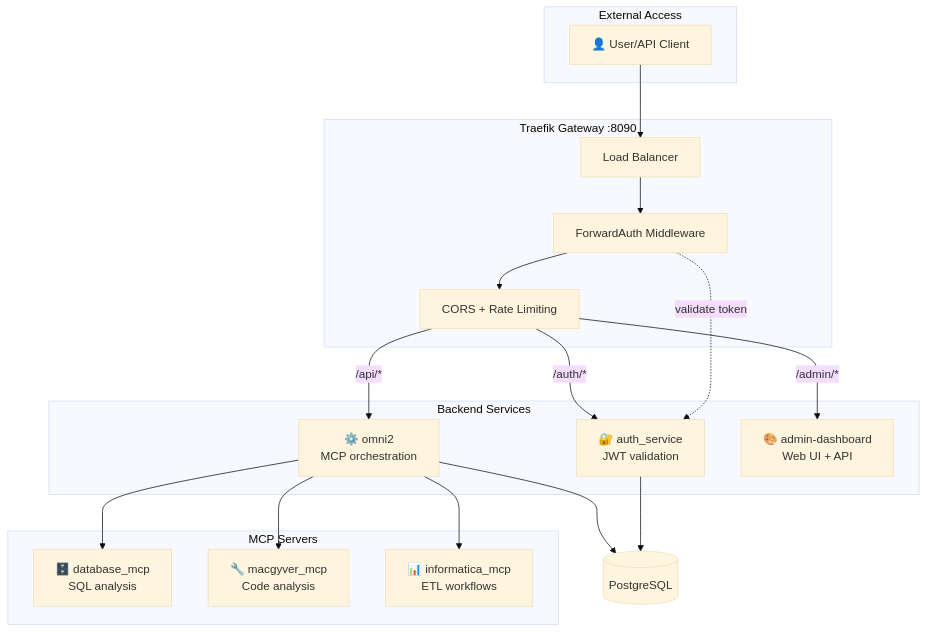
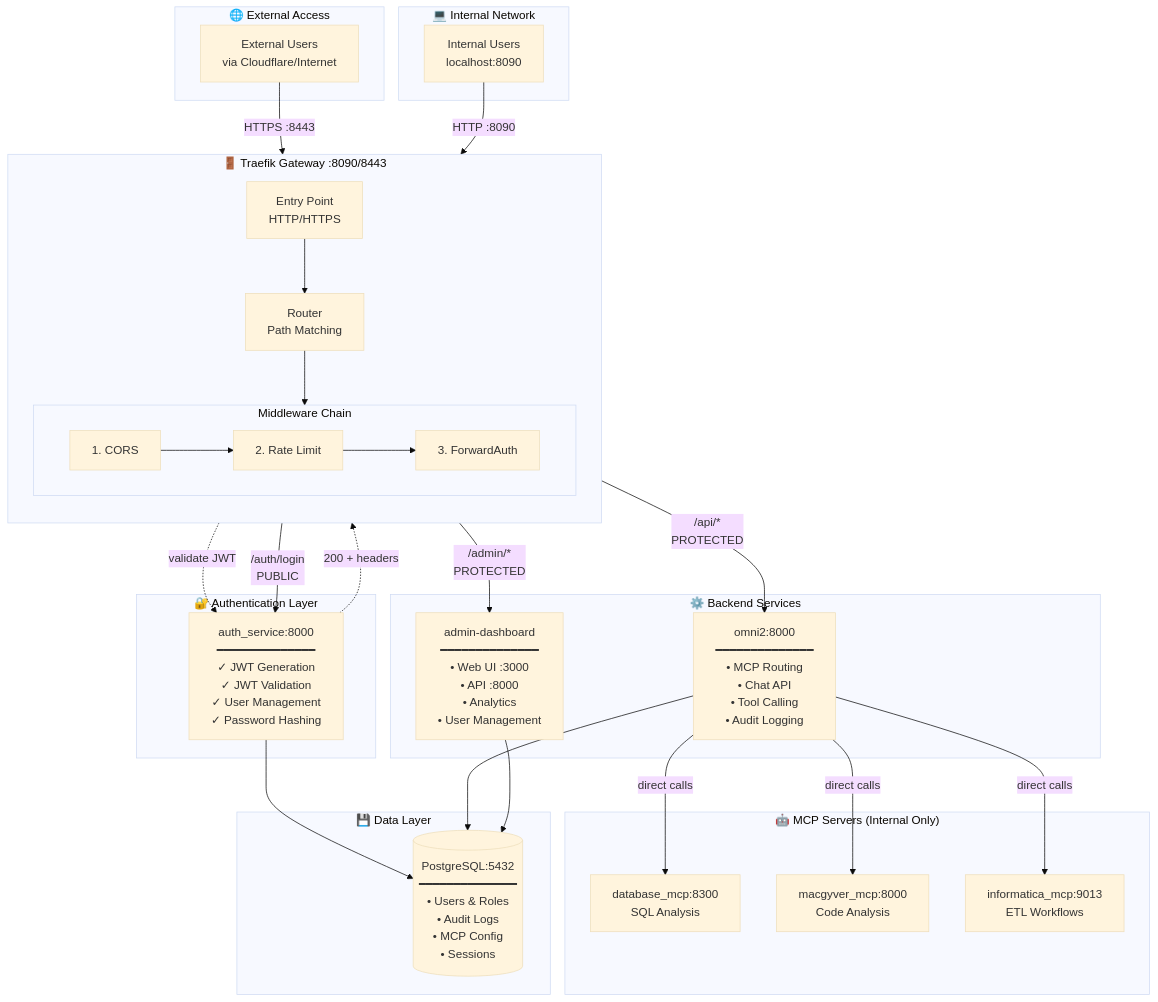
Before and after one commit to aviciot/omni2-bridge: the first of 5 diagrams in README.md, drawn with Mermaid (base theme). The commit also changed other lines of this file, not shown here.

Commit message:
Enhanced architecture diagram with internal/external access and detailed auth flows

````diff
--- a/README.md
+++ b/README.md
@@ -66,37 +68,63 @@
 ```mermaid
 flowchart TB
-    subgraph External[" External Access "]
-        C[👤 User/API Client]
+    subgraph Internet[" 🌐 External Access "]
+        EXT[External Users<br/>via Cloudflare/Internet]
+    end
+    
+    subgraph LocalNet[" 💻 Internal Network "]
+        INT[Internal Users<br/>localhost:8090]
     end
 
-    subgraph Gateway[" Traefik Gateway :8090 "]
-        LB[Load Balancer]
-        AUTH[ForwardAuth Middleware]
-        MW[CORS + Rate Limiting]
-        LB --> AUTH
-        AUTH --> MW
+    subgraph Traefik[" 🚪 Traefik Gateway :8090/8443 "]
+        direction TB
+        ENTRY[Entry Point<br/>HTTP/HTTPS]
+        ROUTER[Router<br/>Path Matching]
+        ENTRY --> ROUTER
+        
+        subgraph Middlewares[" Middleware Chain "]
+            direction LR
+            MW1[1. CORS]
+            MW2[2. Rate Limit]
+            MW3[3. ForwardAuth]
+            MW1 --> MW2 --> MW3
+        end
+        
+        ROUTER --> Middlewares
     end
 
-    subgraph Backend[" Backend Services "]
-        AS[🔐 auth_service<br/>JWT validation]
-        OMNI[⚙️ omni2<br/>MCP orchestration]
-        ADMIN[🎨 admin-dashboard<br/>Web UI + API]
+    subgraph AuthLayer[" 🔐 Authentication Layer "]
+        AS[auth_service:8000<br/>━━━━━━━━━━━━━━<br/>✓ JWT Generation<br/>✓ JWT Validation<br/>✓ User Management<br/>✓ Password Hashing]
     end
 
-    subgraph MCPs[" MCP Servers "]
-        DB[🗄️ database_mcp<br/>SQL analysis]
-        MAC[🔧 macgyver_mcp<br/>Code analysis]
-        INFO[📊 informatica_mcp<br/>ETL workflows]
+    subgraph Backend[" ⚙️ Backend Services "]
+        OMNI[omni2:8000<br/>━━━━━━━━━━━━━━<br/>• MCP Routing<br/>• Chat API<br/>• Tool Calling<br/>• Audit Logging]
+        
+        ADMIN[admin-dashboard<br/>━━━━━━━━━━━━━━<br/>• Web UI :3000<br/>• API :8000<br/>• Analytics<br/>• User Management]
     end
 
-    DB_PG[(PostgreSQL)]
+    subgraph MCPs[" 🤖 MCP Servers (Internal Only) "]
+        DB[database_mcp:8300<br/>SQL Analysis]
+        MAC[macgyver_mcp:8000<br/>Code Analysis]
+        INFO[informatica_mcp:9013<br/>ETL Workflows]
+    end
 
-    C --> LB
-    AUTH -.->|validate token| AS
-    MW -->|/auth/*| AS
-    MW -->|/api/*| OMNI
-    MW -->|/admin/*| ADMIN
-    OMNI --> DB & MAC & INFO
-    AS --> DB_PG
-    OMNI --> DB_PG
+    subgraph Data[" 💾 Data Layer "]
+        PG[(PostgreSQL:5432<br/>━━━━━━━━━━━━━━<br/>• Users & Roles<br/>• Audit Logs<br/>• MCP Config<br/>• Sessions)]
+    end
+
+    EXT -->|HTTPS :8443| ENTRY
+    INT -->|HTTP :8090| ENTRY
+    
+    MW3 -.->|validate JWT| AS
+    AS -.->|200 + headers| MW3
+    
+    Middlewares -->|/auth/login<br/>PUBLIC| AS
+    Middlewares -->|/api/*<br/>PROTECTED| OMNI
+    Middlewares -->|/admin/*<br/>PROTECTED| ADMIN
+    
+    OMNI -->|direct calls| DB & MAC & INFO
+    
+    AS --> PG
+    OMNI --> PG
+    ADMIN --> PG
 ```
````
